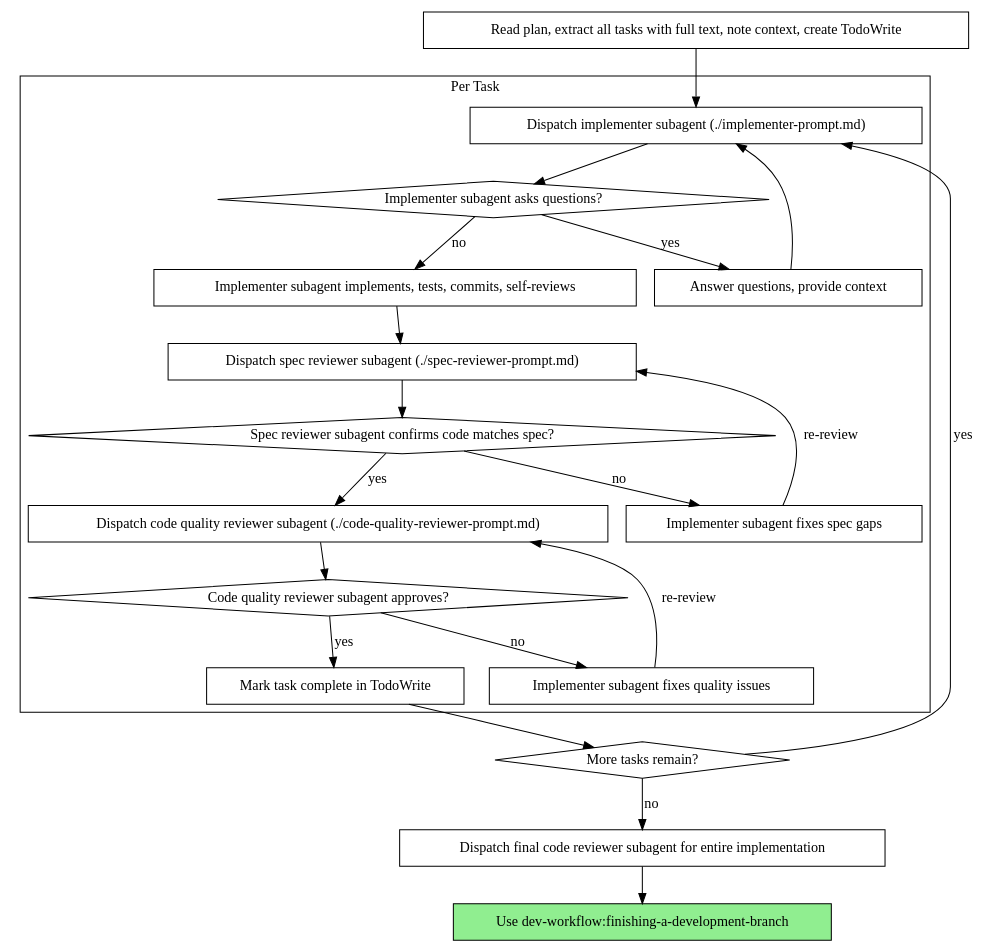
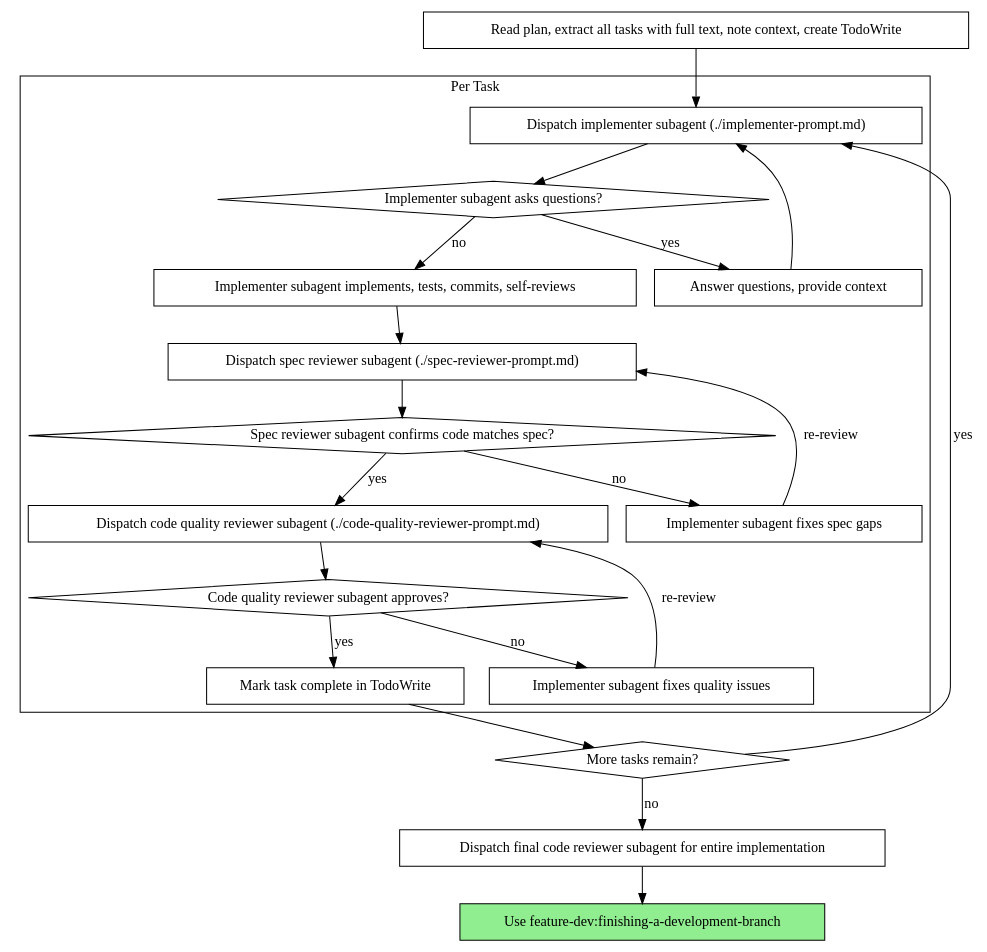
One commit to thanhnc1308/claude-engineer-toolkit changed the second of 2 diagrams in .workspace/skills/subagent-driven-development/SKILL.md. Above: the diagram before and after it, drawn with Graphviz. The commit also changed other lines of this file and 17 other files, not shown here.

Commit message:
refactor(plugins): rename dev-workflow to feature-dev and remove git-conventions rule (#23)

````diff
--- a/.workspace/skills/subagent-driven-development/SKILL.md
+++ b/.workspace/skills/subagent-driven-development/SKILL.md
@@ -41,44 +41,44 @@
 ```dot
 digraph process {
     rankdir=TB;
 
     subgraph cluster_per_task {
         label="Per Task";
         "Dispatch implementer subagent (./implementer-prompt.md)" [shape=box];
         "Implementer subagent asks questions?" [shape=diamond];
         "Answer questions, provide context" [shape=box];
         "Implementer subagent implements, tests, commits, self-reviews" [shape=box];
         "Dispatch spec reviewer subagent (./spec-reviewer-prompt.md)" [shape=box];
         "Spec reviewer subagent confirms code matches spec?" [shape=diamond];
         "Implementer subagent fixes spec gaps" [shape=box];
         "Dispatch code quality reviewer subagent (./code-quality-reviewer-prompt.md)" [shape=box];
         "Code quality reviewer subagent approves?" [shape=diamond];
         "Implementer subagent fixes quality issues" [shape=box];
         "Mark task complete in TodoWrite" [shape=box];
     }
 
     "Read plan, extract all tasks with full text, note context, create TodoWrite" [shape=box];
     "More tasks remain?" [shape=diamond];
     "Dispatch final code reviewer subagent for entire implementation" [shape=box];
-    "Use dev-workflow:finishing-a-development-branch" [shape=box style=filled fillcolor=lightgreen];
+    "Use feature-dev:finishing-a-development-branch" [shape=box style=filled fillcolor=lightgreen];
 
     "Read plan, extract all tasks with full text, note context, create TodoWrite" -> "Dispatch implementer subagent (./implementer-prompt.md)";
     "Dispatch implementer subagent (./implementer-prompt.md)" -> "Implementer subagent asks questions?";
     "Implementer subagent asks questions?" -> "Answer questions, provide context" [label="yes"];
     "Answer questions, provide context" -> "Dispatch implementer subagent (./implementer-prompt.md)";
     "Implementer subagent asks questions?" -> "Implementer subagent implements, tests, commits, self-reviews" [label="no"];
     "Implementer subagent implements, tests, commits, self-reviews" -> "Dispatch spec reviewer subagent (./spec-reviewer-prompt.md)";
     "Dispatch spec reviewer subagent (./spec-reviewer-prompt.md)" -> "Spec reviewer subagent confirms code matches spec?";
     "Spec reviewer subagent confirms code matches spec?" -> "Implementer subagent fixes spec gaps" [label="no"];
     "Implementer subagent fixes spec gaps" -> "Dispatch spec reviewer subagent (./spec-reviewer-prompt.md)" [label="re-review"];
     "Spec reviewer subagent confirms code matches spec?" -> "Dispatch code quality reviewer subagent (./code-quality-reviewer-prompt.md)" [label="yes"];
     "Dispatch code quality reviewer subagent (./code-quality-reviewer-prompt.md)" -> "Code quality reviewer subagent approves?";
     "Code quality reviewer subagent approves?" -> "Implementer subagent fixes quality issues" [label="no"];
     "Implementer subagent fixes quality issues" -> "Dispatch code quality reviewer subagent (./code-quality-reviewer-prompt.md)" [label="re-review"];
     "Code quality reviewer subagent approves?" -> "Mark task complete in TodoWrite" [label="yes"];
     "Mark task complete in TodoWrite" -> "More tasks remain?";
     "More tasks remain?" -> "Dispatch implementer subagent (./implementer-prompt.md)" [label="yes"];
     "More tasks remain?" -> "Dispatch final code reviewer subagent for entire implementation" [label="no"];
-    "Dispatch final code reviewer subagent for entire implementation" -> "Use dev-workflow:finishing-a-development-branch";
+    "Dispatch final code reviewer subagent for entire implementation" -> "Use feature-dev:finishing-a-development-branch";
 }
 ```
````
